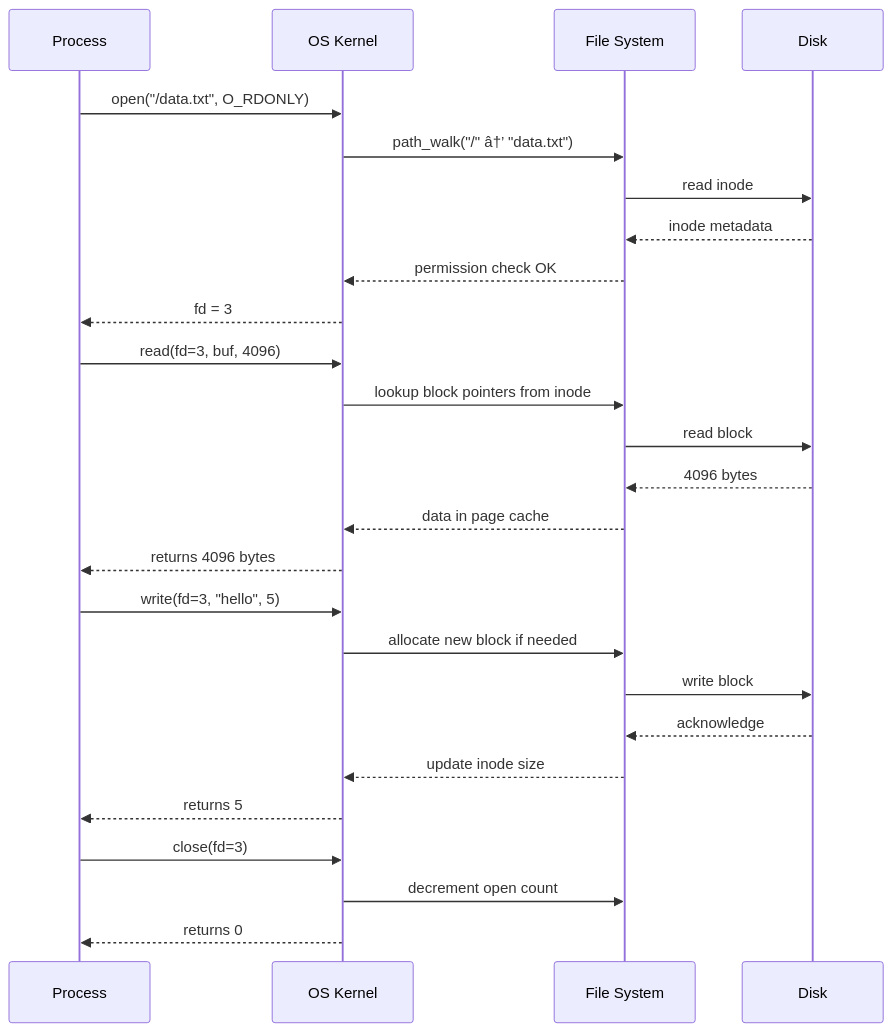
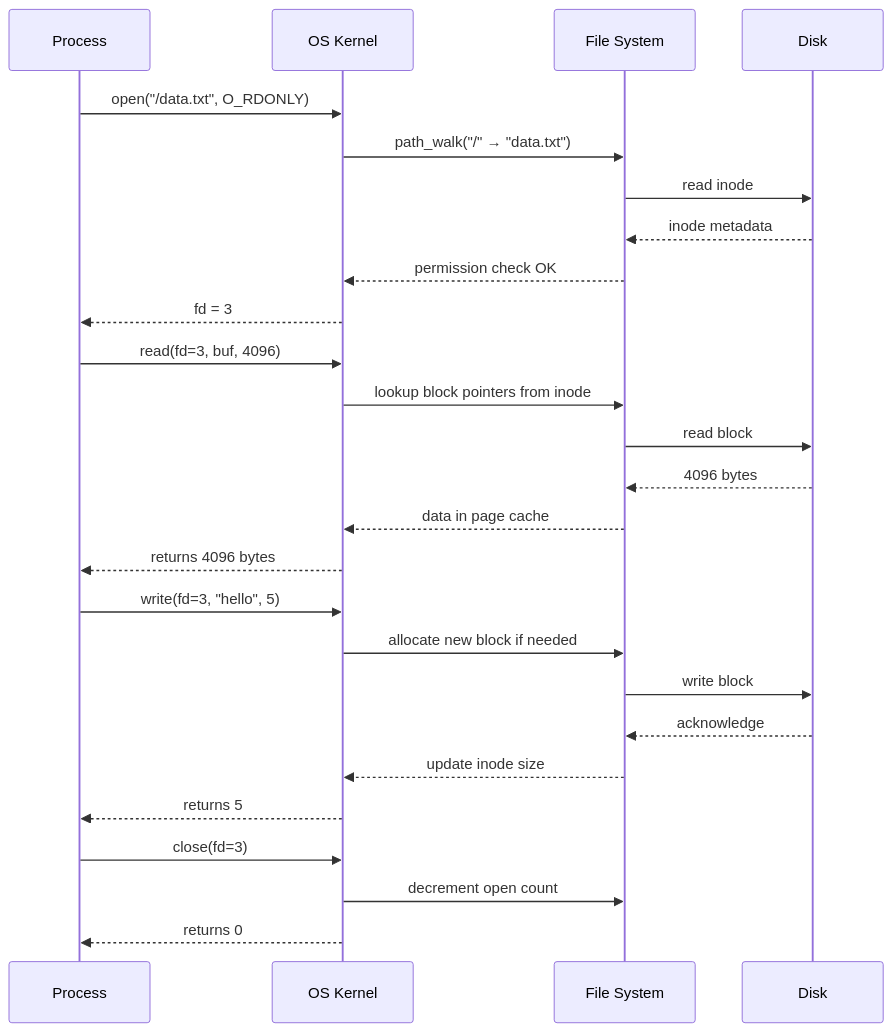
Before and after one commit to Raushan666java/ai-engineering-journey: the second of 2 diagrams in docs/courses/operating-systems/10-file-systems.md, drawn with Mermaid. The commit also changed other lines of this file and 965 other files, not shown here.

````diff
--- a/docs/courses/operating-systems/10-file-systems.md
+++ b/docs/courses/operating-systems/10-file-systems.md
@@ -281,32 +281,32 @@
 ```mermaid
 sequenceDiagram
     participant P as Process
     participant OS as OS Kernel
     participant FS as File System
     participant Disk as Disk
     
     P->>OS: open("/data.txt", O_RDONLY)
-    OS->>FS: path_walk("/" â†’ "data.txt")
+    OS->>FS: path_walk("/" → "data.txt")
     FS->>Disk: read inode #42
     Disk-->>FS: inode metadata
     FS-->>OS: permission check OK
     OS-->>P: fd = 3
     
     P->>OS: read(fd=3, buf, 4096)
     OS->>FS: lookup block pointers from inode
     FS->>Disk: read block #8910
     Disk-->>FS: 4096 bytes
     FS-->>OS: data in page cache
     OS-->>P: returns 4096 bytes
     
     P->>OS: write(fd=3, "hello", 5)
     OS->>FS: allocate new block if needed
     FS->>Disk: write block #8911
     Disk-->>FS: acknowledge
     FS-->>OS: update inode size
     OS-->>P: returns 5
     
     P->>OS: close(fd=3)
     OS->>FS: decrement open count
     OS-->>P: returns 0
 ```
````
